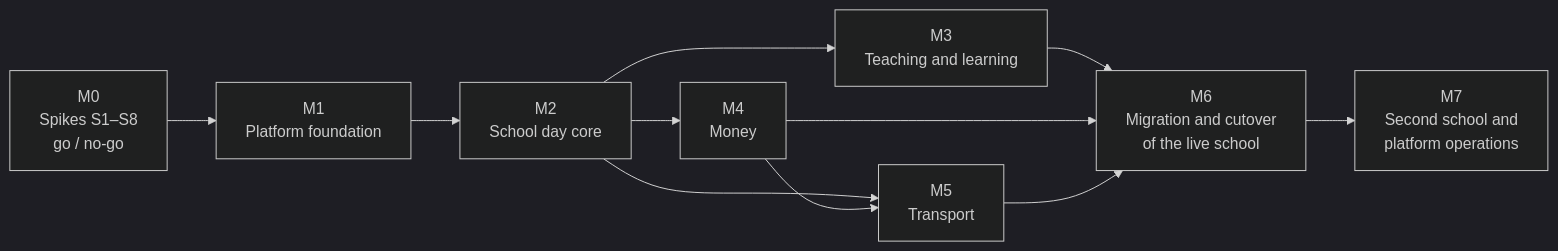
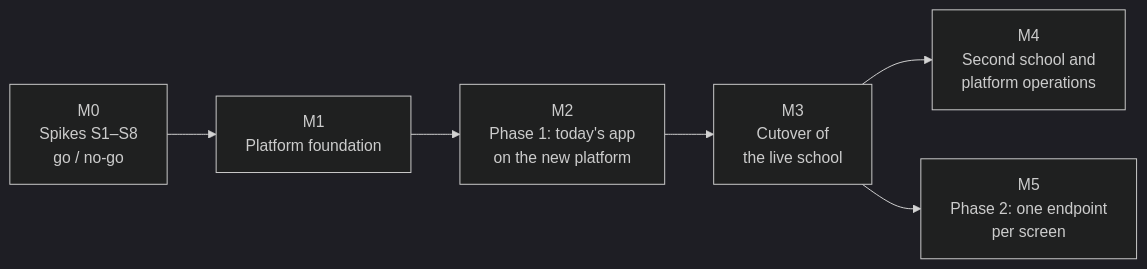
One commit to Arran0/EduBerry_2026 changed the diagram in docs/cloudflare-rebuild/92-build-order.md. Above: the diagram before and after it, drawn with Mermaid (dark theme). The commit also changed other lines of this file and 3 other files, not shown here.

````diff
--- a/docs/cloudflare-rebuild/92-build-order.md
+++ b/docs/cloudflare-rebuild/92-build-order.md
@@ -11,13 +12,8 @@
 ```mermaid
 flowchart LR
   m0["M0<br/>Spikes S1–S8<br/>go / no-go"] --> m1["M1<br/>Platform foundation"]
-  m1 --> m2["M2<br/>School day core"]
-  m2 --> m3["M3<br/>Teaching and learning"]
-  m2 --> m4["M4<br/>Money"]
-  m2 --> m5["M5<br/>Transport"]
-  m4 --> m5
-  m3 --> m6["M6<br/>Migration and cutover<br/>of the live school"]
-  m4 --> m6
-  m5 --> m6
-  m6 --> m7["M7<br/>Second school and<br/>platform operations"]
+  m1 --> m2["M2<br/>Phase 1: today's app<br/>on the new platform"]
+  m2 --> m3["M3<br/>Cutover of<br/>the live school"]
+  m3 --> m4["M4<br/>Second school and<br/>platform operations"]
+  m3 --> m5["M5<br/>Phase 2: one endpoint<br/>per screen"]
 ```
````
